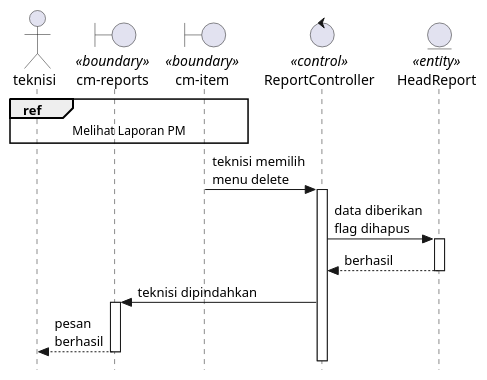
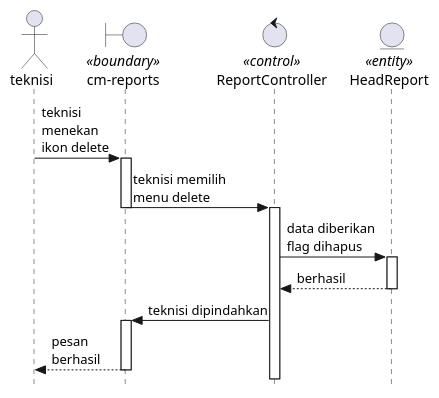
Before and after one commit to KPL-slur/eec-sifse-fixed: the fourth of 4 diagrams in Docs/diagrams/sequence/CmReport.plantuml, drawn with PlantUML. The commit also changed other lines of this file and 19 other files, not shown here.

```diff
--- a/Docs/diagrams/sequence/CmReport.plantuml
+++ b/Docs/diagrams/sequence/CmReport.plantuml
@@ -134,24 +130,23 @@
 @startuml deleteCM
 
 skinparam style strictuml
 
 actor teknisi
 boundary "cm-reports" as cm <<boundary>>
-boundary "cm-item" as cmItem <<boundary>>
 control ReportController <<control>>
 entity HeadReport <<entity>>
 
-ref over teknisi, cmItem : Melihat Laporan PM
-
-cmItem -> ReportController : teknisi memilih\nmenu delete
-    deactivate cmItem
+teknisi -> cm : teknisi\nmenekan\nikon delete
+    activate cm
+cm -> ReportController : teknisi memilih\nmenu delete
+    deactivate cm
     activate ReportController
 ReportController -> HeadReport : data diberikan\nflag dihapus
     activate HeadReport
     return berhasil
 ReportController -> cm : teknisi dipindahkan
     activate cm
 cm --> teknisi : pesan\nberhasil
     deactivate cm
 
 @enduml
```
